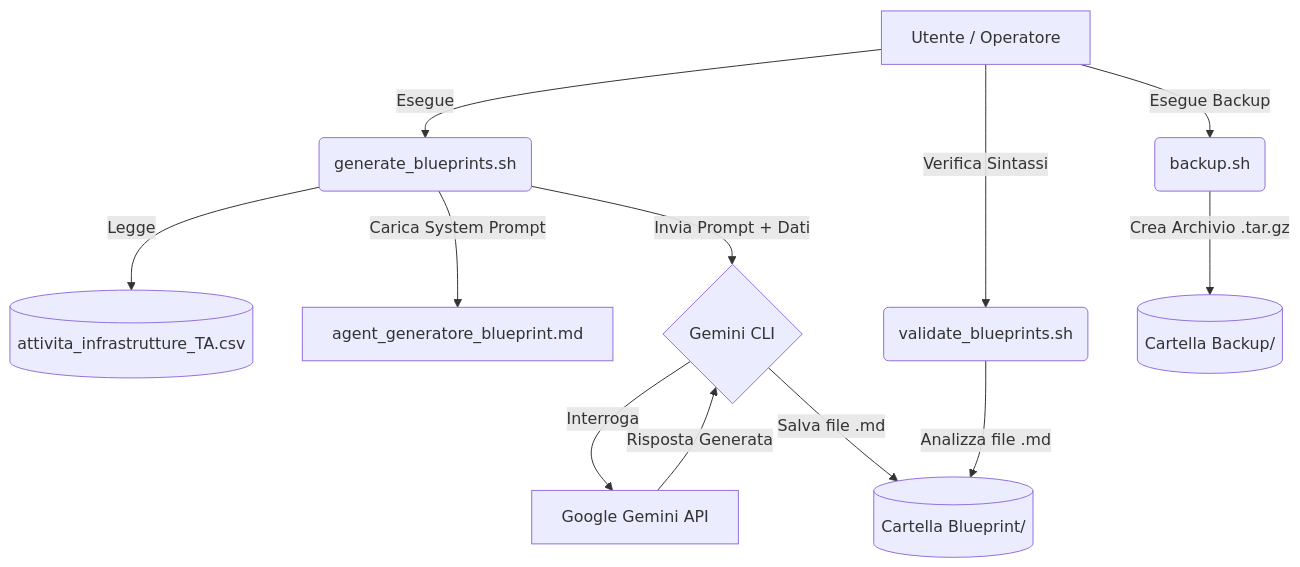
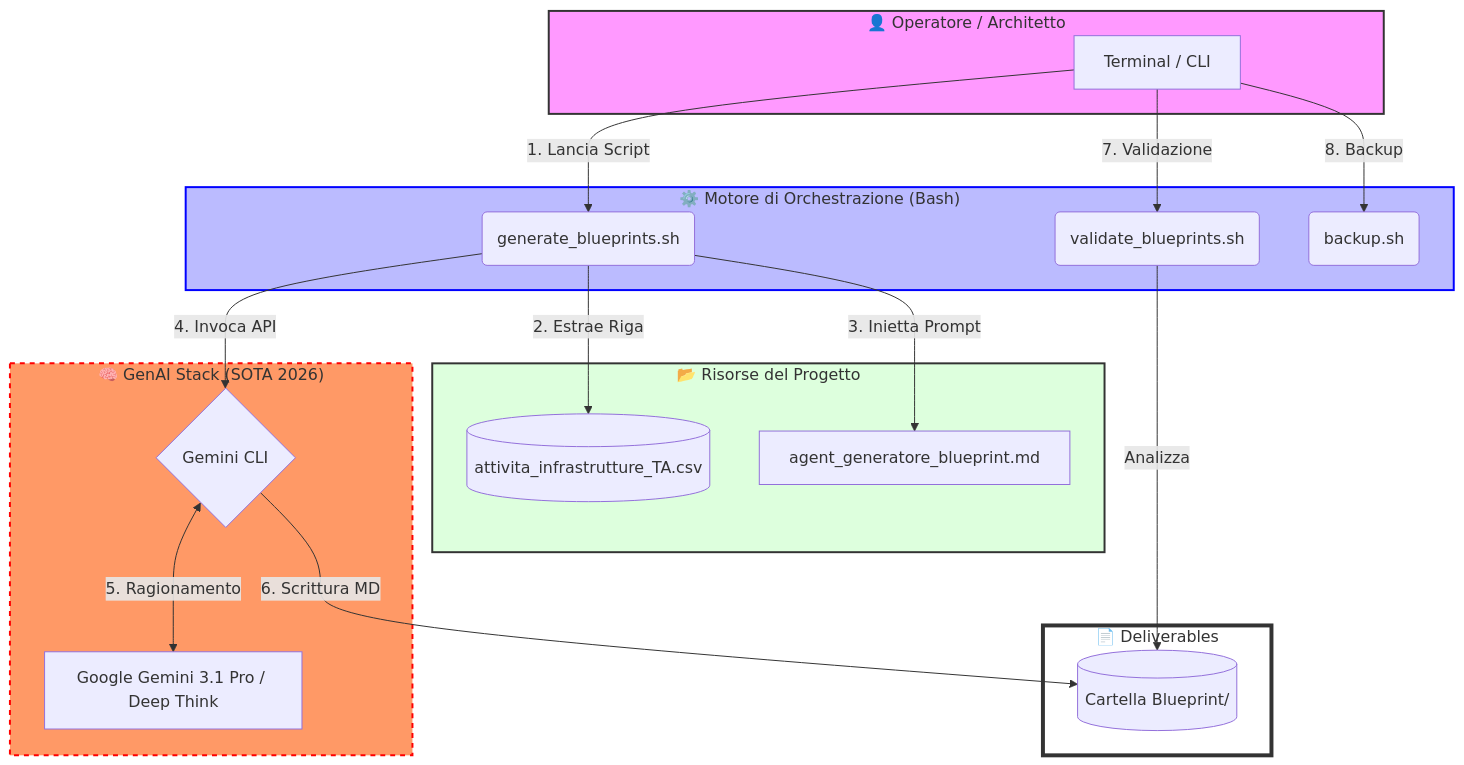
The first of 2 diagrams in README.md (carmelobattiato/Generatore-Blueprint-GenAI), drawn with Mermaid before and after one commit. The commit also changed other lines of this file, not shown here.

````diff
--- a/README.md
+++ b/README.md
@@ -8,14 +16,44 @@
 ```mermaid
 flowchart TD
-    A[Utente / Operatore] -->|Esegue| B(generate_blueprints.sh)
-    B -->|Legge| C[(attivita_infrastrutture_TA.csv)]
-    B -->|Carica System Prompt| D[agent_generatore_blueprint.md]
-    B -->|Invia Prompt + Dati| E{Gemini CLI}
-    E -->|Interroga| F[Google Gemini API]
-    F -->|Risposta Generata| E
-    E -->|Salva file .md| G[(Cartella Blueprint/)]
-    A -->|Verifica Sintassi| H(validate_blueprints.sh)
-    H -->|Analizza file .md| G
-    A -->|Esegue Backup| I(backup.sh)
-    I -->|Crea Archivio .tar.gz| J[(Cartella Backup/)]
+    subgraph Utente ["👤 Operatore / Architetto"]
+        A[Terminal / CLI]
+    end
+
+    subgraph Automazione ["⚙️ Motore di Orchestrazione (Bash)"]
+        B(generate_blueprints.sh)
+        C(validate_blueprints.sh)
+        D(backup.sh)
+    end
+
+    subgraph Fonti_Dati ["📂 Risorse del Progetto"]
+        E[(attivita_infrastrutture_TA.csv)]
+        F[agent_generatore_blueprint.md]
+    end
+
+    subgraph AI_Engine ["🧠 GenAI Stack (SOTA 2026)"]
+        G{Gemini CLI}
+        H[Google Gemini 3.1 Pro / Deep Think]
+    end
+
+    subgraph Output ["📄 Deliverables"]
+        I[(Cartella Blueprint/)]
+    end
+
+    %% Flussi di Dati Numerati
+    A -->|"1. Lancia Script"| B
+    B -->|"2. Estrae Riga"| E
+    B -->|"3. Inietta Prompt"| F
+    B -->|"4. Invoca API"| G
+    G <-->|"5. Ragionamento"| H
+    G -->|"6. Scrittura MD"| I
+    A -->|"7. Validazione"| C
+    C -- "Analizza" --> I
+    A -->|"8. Backup"| D
+
+    %% Stili personalizzati
+    style Utente fill:#f9f,stroke:#333,stroke-width:2px
+    style Automazione fill:#bbf,stroke:#00f,stroke-width:2px
+    style Fonti_Dati fill:#dfd,stroke:#333,stroke-width:2px
+    style AI_Engine fill:#f96,stroke:#f00,stroke-width:2px,stroke-dasharray: 5 5
+    style Output fill:#fff,stroke:#333,stroke-width:4px
 ```
````
